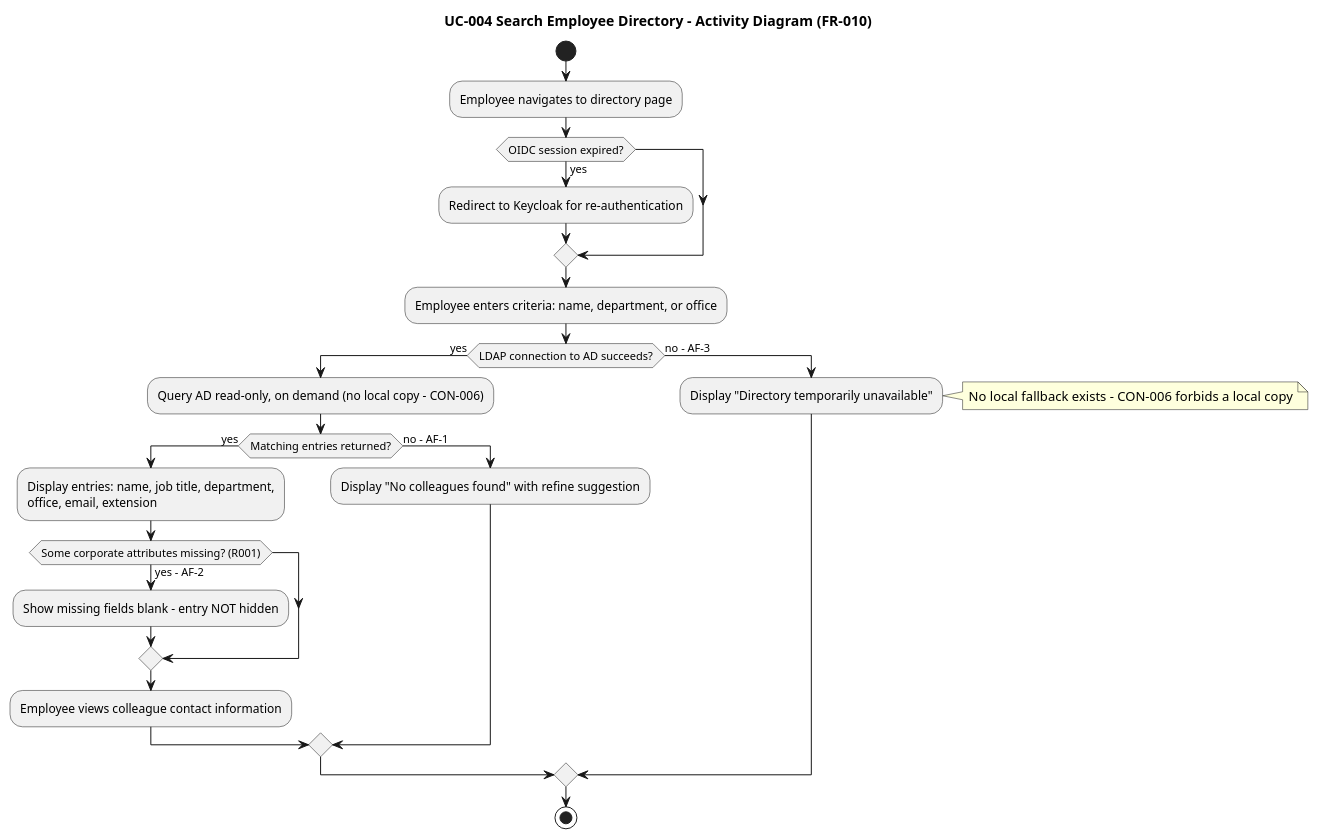
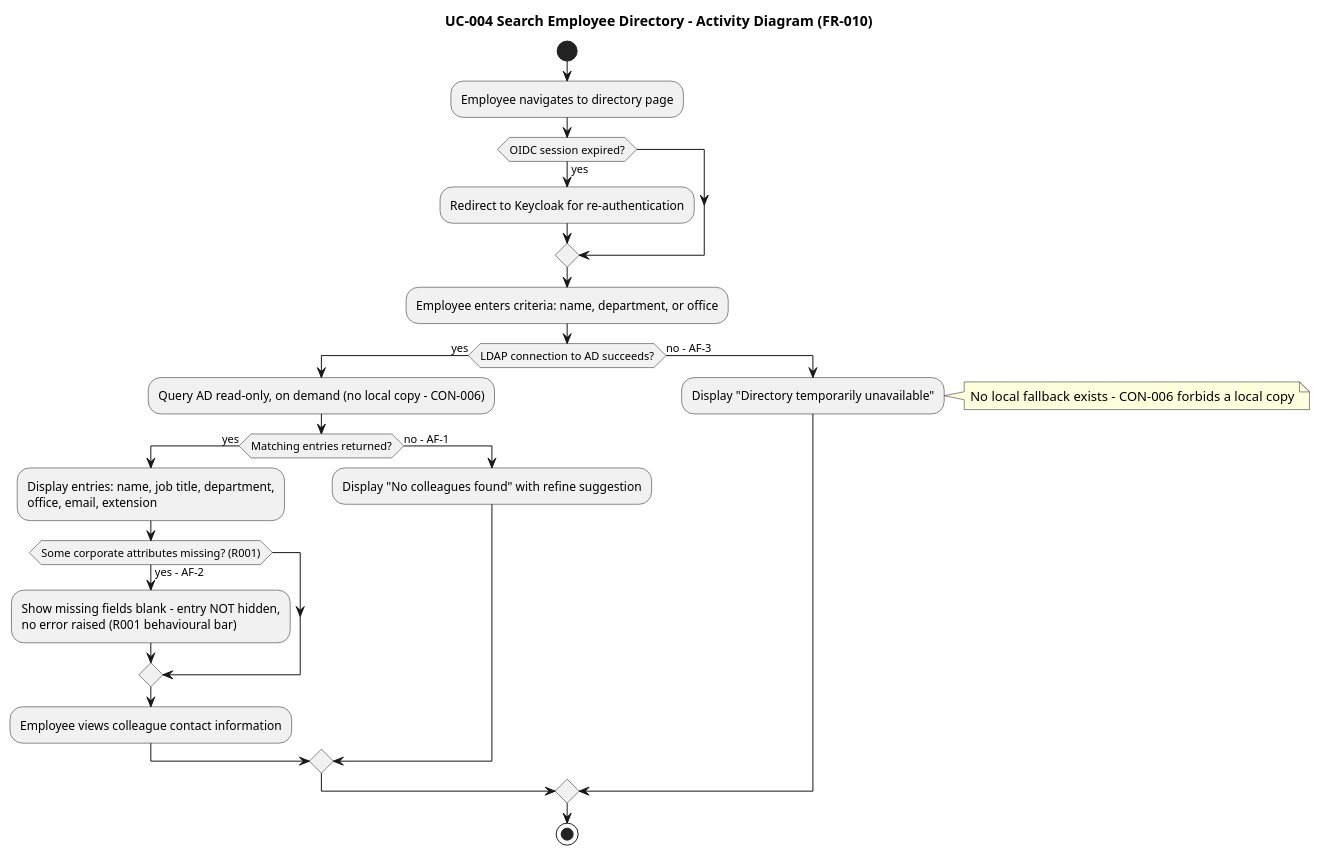
The fifth of 15 diagrams in docs/artifacts/requirements/use-case-model.md (banense-test/employee-portal), drawn with PlantUML before and after one commit. The commit also changed other lines of this file, not shown here.

````diff
--- a/docs/artifacts/requirements/use-case-model.md
+++ b/docs/artifacts/requirements/use-case-model.md
@@ -355,27 +358,27 @@
 ```plantuml
 @startuml
 title UC-004 Search Employee Directory - Activity Diagram (FR-010)
 start
 :Employee navigates to directory page;
 if (OIDC session expired?) then (yes)
   :Redirect to Keycloak for re-authentication;
 endif
 :Employee enters criteria: name, department, or office;
 if (LDAP connection to AD succeeds?) then (yes)
   :Query AD read-only, on demand (no local copy - CON-006);
   if (Matching entries returned?) then (yes)
     :Display entries: name, job title, department,\noffice, email, extension;
     if (Some corporate attributes missing? (R001)) then (yes - AF-2)
-      :Show missing fields blank - entry NOT hidden;
+      :Show missing fields blank - entry NOT hidden,\nno error raised (R001 behavioural bar);
     endif
     :Employee views colleague contact information;
   else (no - AF-1)
     :Display "No colleagues found" with refine suggestion;
   endif
 else (no - AF-3)
   :Display "Directory temporarily unavailable";
   note right: No local fallback exists - CON-006 forbids a local copy
 endif
 stop
 @enduml
 ```
````
